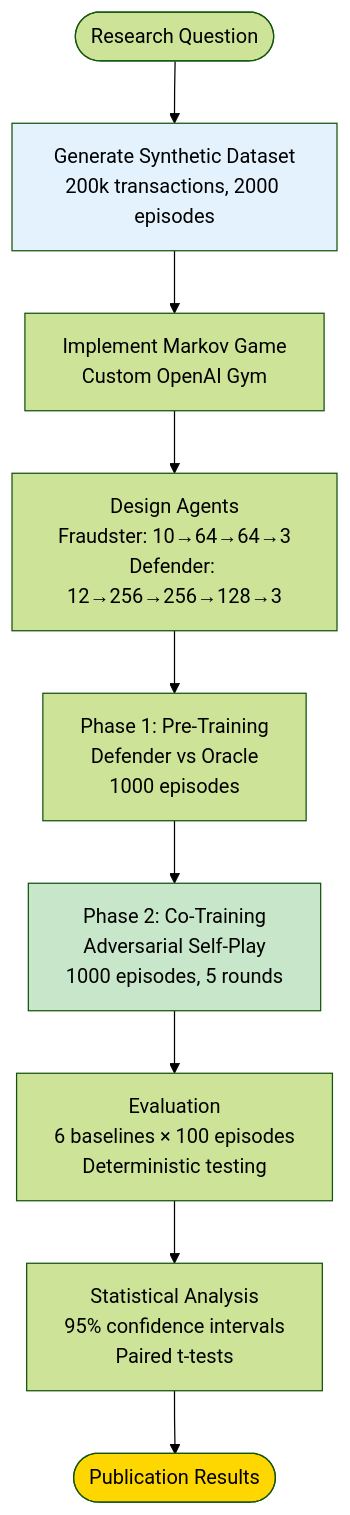
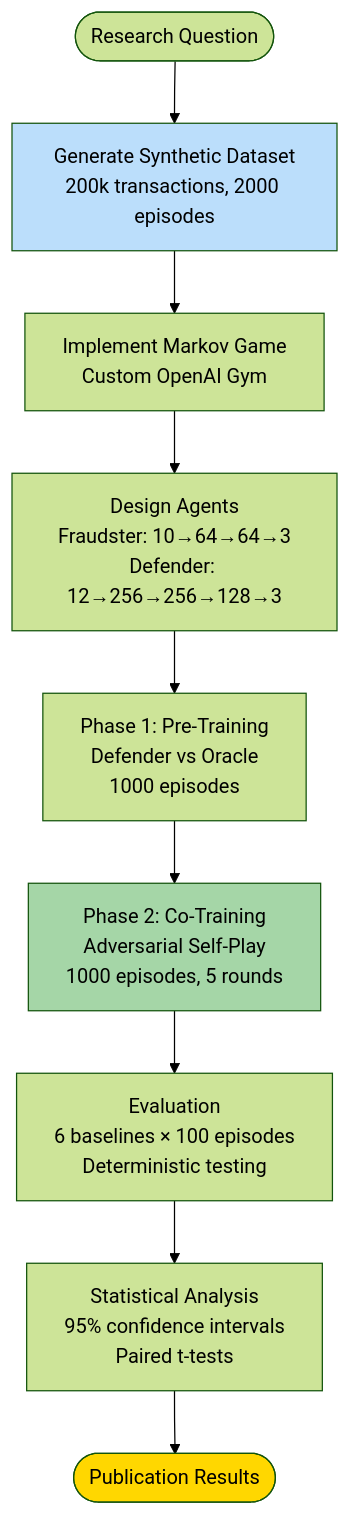
Before and after one commit to HelloCol2/markov-fraud-antigravity: the eighth of 14 diagrams in README.md, drawn with Mermaid (forest theme). The commit also changed other lines of this file, not shown here.

````diff
--- a/README.md
+++ b/README.md
@@ -415,15 +417,15 @@
 ```mermaid
 graph TB
     Start([Research Question]) --> Data[Generate Synthetic Dataset<br/>200k transactions, 2000 episodes]
     Data --> Env[Implement Markov Game<br/>Custom OpenAI Gym]
     Env --> Agent[Design Agents<br/>Fraudster: 10→64→64→3<br/>Defender: 12→256→256→128→3]
     Agent --> Train1[Phase 1: Pre-Training<br/>Defender vs Oracle<br/>1000 episodes]
     Train1 --> Train2[Phase 2: Co-Training<br/>Adversarial Self-Play<br/>1000 episodes, 5 rounds]
     Train2 --> Eval[Evaluation<br/>6 baselines × 100 episodes<br/>Deterministic testing]
     Eval --> Analysis[Statistical Analysis<br/>95% confidence intervals<br/>Paired t-tests]
     Analysis --> Results([Publication Results])
     
-    style Data fill:#E3F2FD
-    style Train2 fill:#C8E6C9
-    style Results fill:#FFD700
+    style Data fill:#bbdefb
+    style Train2 fill:#a5d6a7
+    style Results fill:#ffd700
 ```
````
